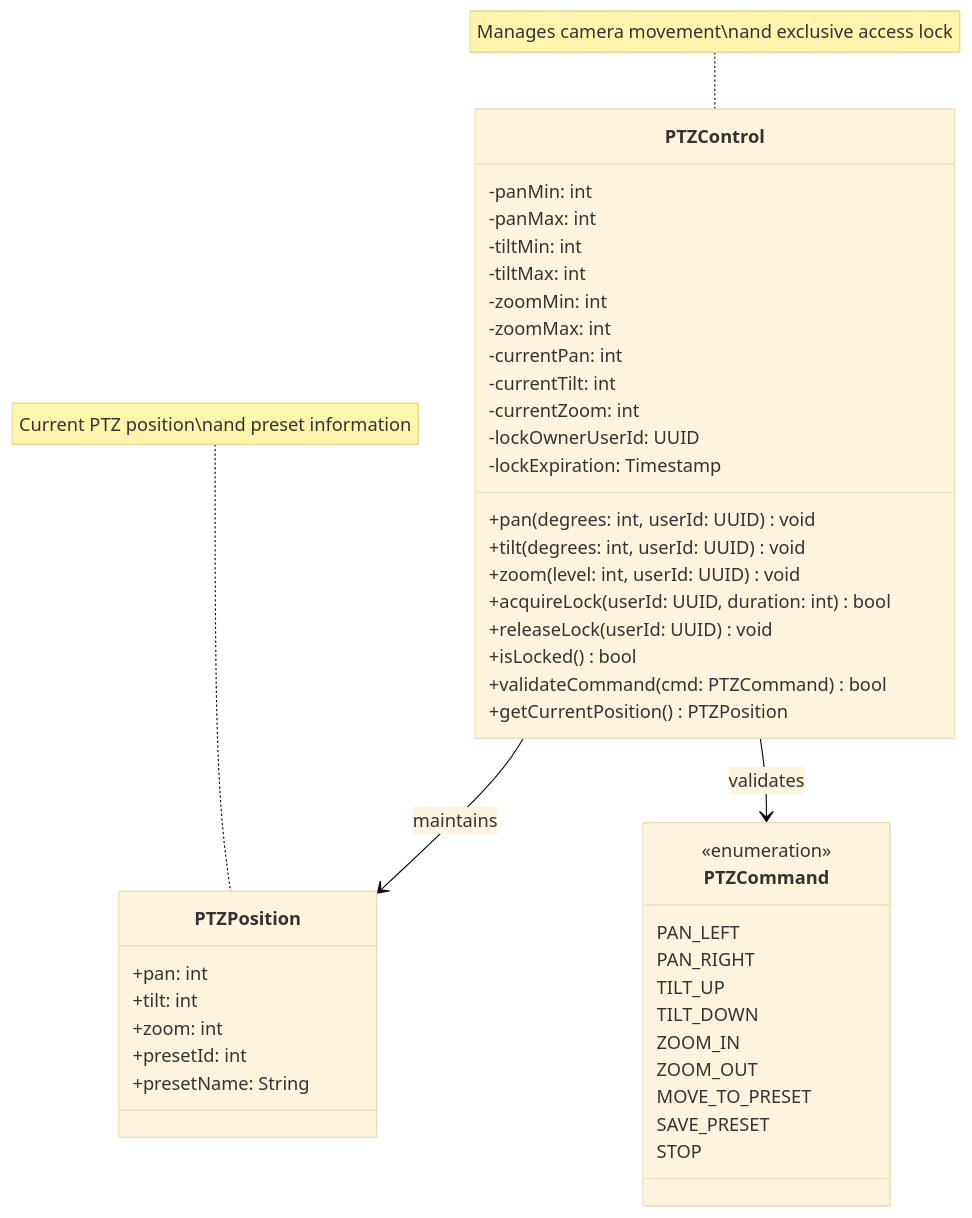
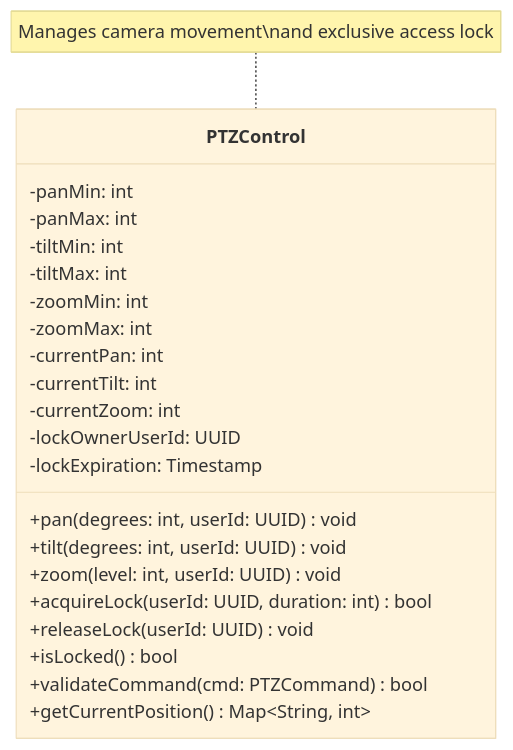
The sixth of 14 diagrams in diagrams/data_layer_class_diagram.md (mj010101/swe_25f), drawn with Mermaid (base theme) before and after one commit. The commit also changed other lines of this file and 4 other files, not shown here.

````diff
--- a/diagrams/data_layer_class_diagram.md
+++ b/diagrams/data_layer_class_diagram.md
@@ -392,53 +232,28 @@
 ```mermaid
 classDiagram
     direction TB
 
     class PTZControl {
         -panMin: int
         -panMax: int
         -tiltMin: int
         -tiltMax: int
         -zoomMin: int
         -zoomMax: int
         -currentPan: int
         -currentTilt: int
         -currentZoom: int
         -lockOwnerUserId: UUID
         -lockExpiration: Timestamp
         +pan(degrees: int, userId: UUID) void
         +tilt(degrees: int, userId: UUID) void
         +zoom(level: int, userId: UUID) void
         +acquireLock(userId: UUID, duration: int) bool
         +releaseLock(userId: UUID) void
         +isLocked() bool
         +validateCommand(cmd: PTZCommand) bool
-        +getCurrentPosition() PTZPosition
+        +getCurrentPosition() Map~String, int~
     }
 
-    class PTZPosition {
-        +pan: int
-        +tilt: int
-        +zoom: int
-        +presetId: int
-        +presetName: String
-    }
-
-    class PTZCommand {
-        <<enumeration>>
-        PAN_LEFT
-        PAN_RIGHT
-        TILT_UP
-        TILT_DOWN
-        ZOOM_IN
-        ZOOM_OUT
-        MOVE_TO_PRESET
-        SAVE_PRESET
-        STOP
-    }
-
-    PTZControl --> PTZPosition : maintains
-    PTZControl --> PTZCommand : validates
-
     note for PTZControl "Manages camera movement\nand exclusive access lock"
-    note for PTZPosition "Current PTZ position\nand preset information"
 ```
````
